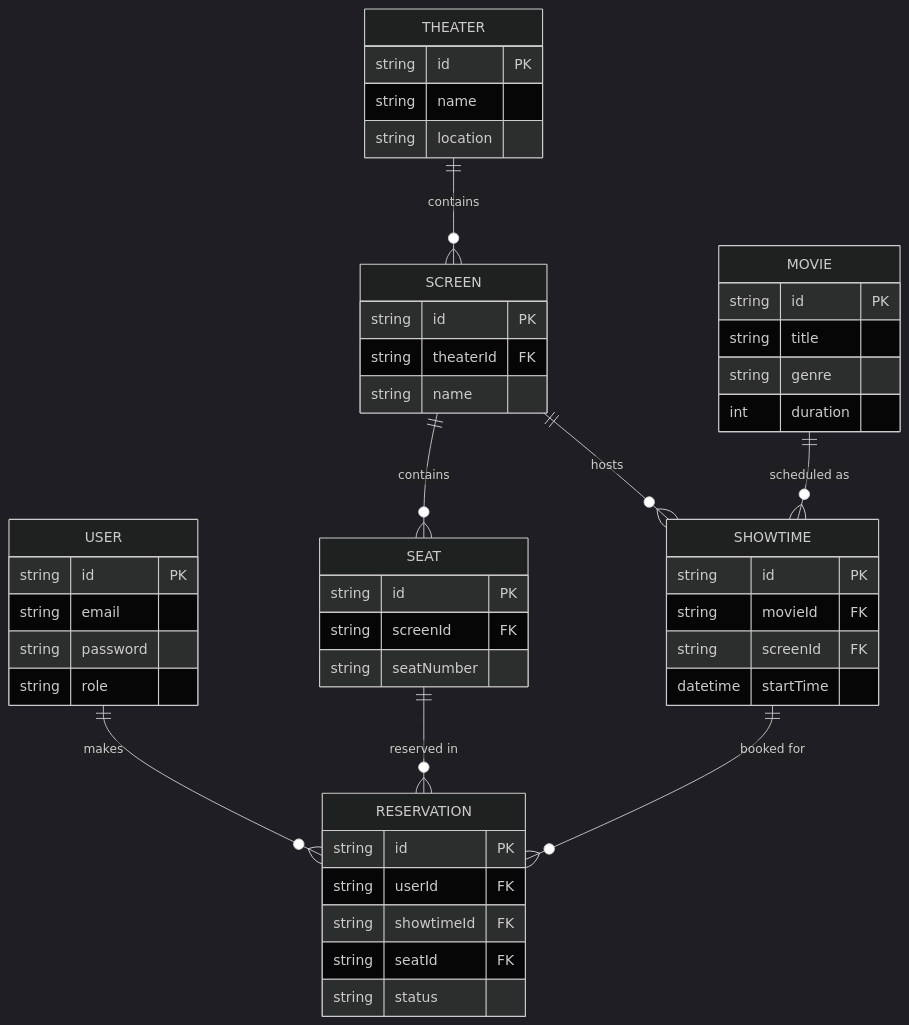
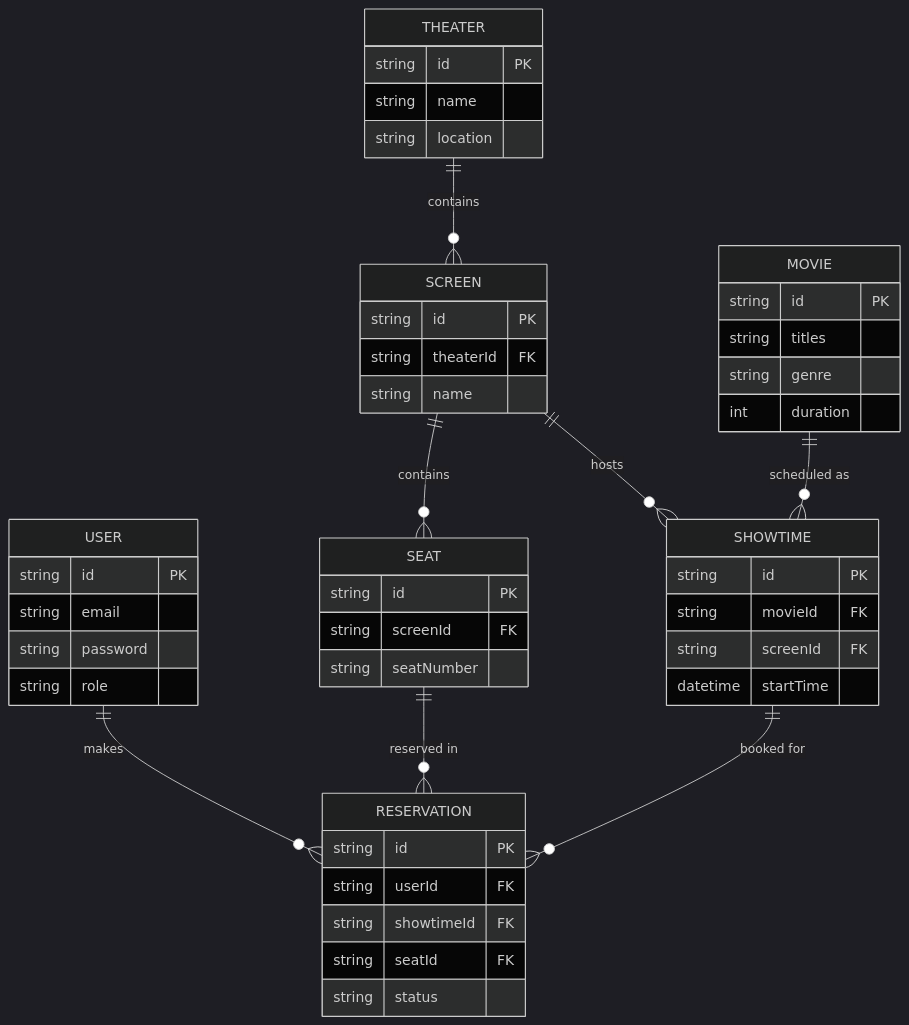
The third of 4 diagrams in README.md (Riyaban583/Movie_Reservation_System), drawn with Mermaid (dark theme) before and after one commit.

Commit message:
Rename 'title' to 'titles' in MOVIE section

````diff
--- a/README.md
+++ b/README.md
@@ -204,51 +204,51 @@
 ```mermaid
 erDiagram
     USER ||--o{ RESERVATION : makes
     THEATER ||--o{ SCREEN : contains
     SCREEN ||--o{ SEAT : contains
     SCREEN ||--o{ SHOWTIME : hosts
     MOVIE ||--o{ SHOWTIME : "scheduled as"
     SHOWTIME ||--o{ RESERVATION : "booked for"
     SEAT ||--o{ RESERVATION : "reserved in"
 
     USER {
         string id PK
         string email
         string password
         string role
     }
     MOVIE {
         string id PK
-        string title
+        string titles
         string genre
         int duration
     }
     THEATER {
         string id PK
         string name
         string location
     }
     SCREEN {
         string id PK
         string theaterId FK
         string name
     }
     SEAT {
         string id PK
         string screenId FK
         string seatNumber
     }
     SHOWTIME {
         string id PK
         string movieId FK
         string screenId FK
         datetime startTime
     }
     RESERVATION {
         string id PK
         string userId FK
         string showtimeId FK
         string seatId FK
         string status
     }
 ```
````
